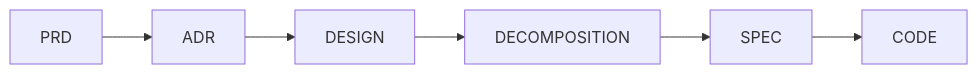
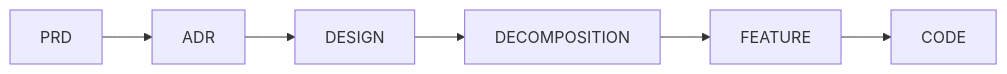
The diagram in kits/sdlc/guides/TAXONOMY.md (cyberfabric/cyber-pilot), drawn with Mermaid before and after one commit. The commit also changed other lines of this file and 120 other files, not shown here.

````diff
--- a/kits/sdlc/guides/TAXONOMY.md
+++ b/kits/sdlc/guides/TAXONOMY.md
@@ -11,4 +11,4 @@
 ```mermaid
 graph LR
-  PRD --> ADR --> DESIGN --> DECOMPOSITION --> SPEC --> CODE
+  PRD --> ADR --> DESIGN --> DECOMPOSITION --> FEATURE --> CODE
 ```
````
